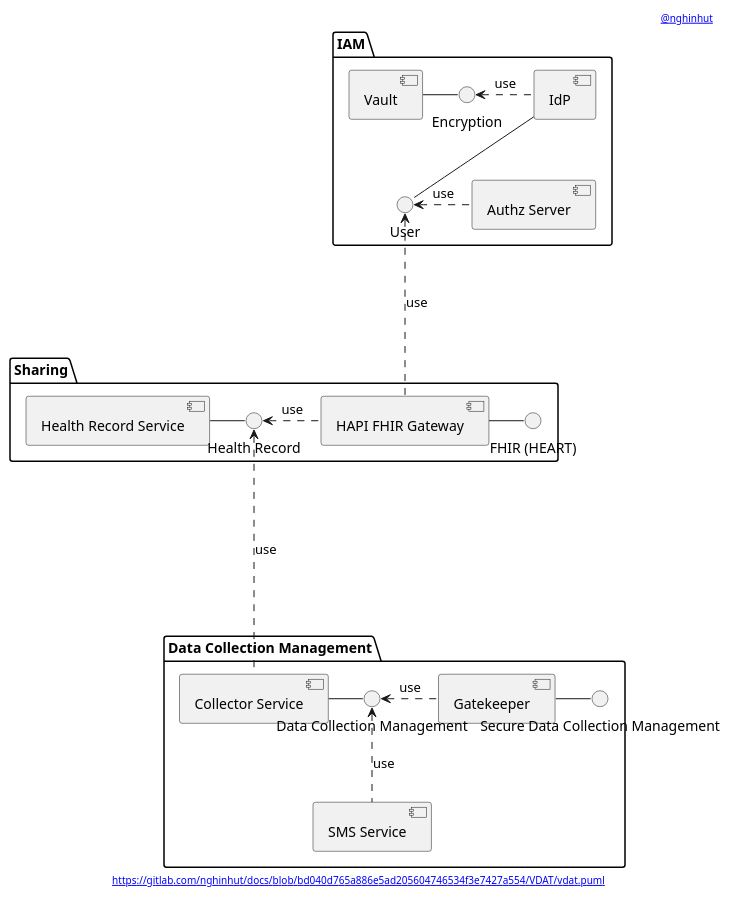
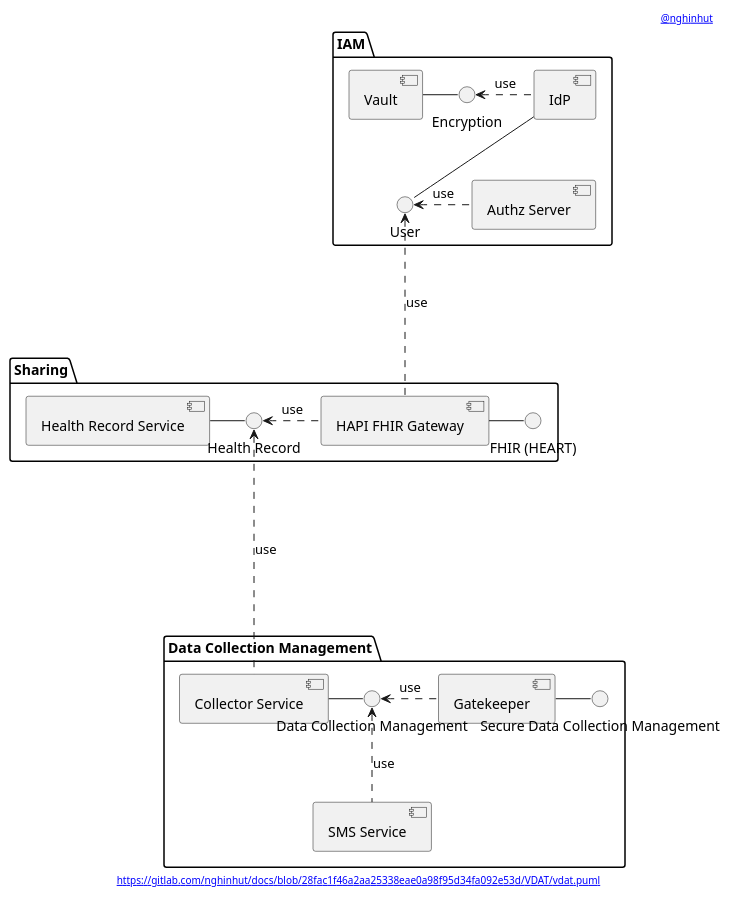
The diagram in VDAT/vdat.component.puml (nghinhut/docs), drawn with PlantUML before and after one commit. The commit also changed 18 other files, not shown here.

Commit message:
Update diagrams

```diff
--- a/VDAT/vdat.component.puml
+++ b/VDAT/vdat.component.puml
@@ -1,60 +1,60 @@
 @startuml
 '-----START auto generated metadata please keep comment here to allow auto update-----
 '-----DON'T EDIT THIS SECTION, INSTEAD RE-RUN prebuild.sh TO UPDATE-----
-header [[www.nghinhut.dev?from=http://www.plantuml.com/plantuml/proxy?fmt=svg&src=https://gitlab.com/nghinhut/docs/raw/bd040d765a886e5ad205604746534f3e7427a554/VDAT/vdat.puml @nghinhut]]
-footer [[http://www.plantuml.com/plantuml/proxy?fmt=svg&src=https://gitlab.com/nghinhut/docs/raw/bd040d765a886e5ad205604746534f3e7427a554/VDAT/vdat.puml https://gitlab.com/nghinhut/docs/blob/bd040d765a886e5ad205604746534f3e7427a554/VDAT/vdat.puml]]
+header [[www.nghinhut.dev?from=http%5C%3A%5C%2F%5C%2Fwww%5C.plantuml%5C.com%5C%2Fplantuml%5C%2Fproxy%3Ffmt%3Dsvg%5C%26src%3Dhttps%5C%3A%5C%2F%5C%2Fgitlab%5C.com%5C%2Fnghinhut%5C%2Fdocs%5C%2Fraw%5C%2F28fac1f46a2aa25338eae0a98f95d34fa092e53d%5C%2FVDAT%5C%2Fvdat%5C.puml%0A @nghinhut]]
+footer [[http://www.plantuml.com/plantuml/proxy?fmt=svg&src=https://gitlab.com/nghinhut/docs/raw/28fac1f46a2aa25338eae0a98f95d34fa092e53d/VDAT/vdat.puml https://gitlab.com/nghinhut/docs/blob/28fac1f46a2aa25338eae0a98f95d34fa092e53d/VDAT/vdat.puml]]
 '-----END auto generated metadata please keep comment here to allow auto update-----
 
 package "IAM" {
     component "Authz Server" as as
     component Vault as vault
     component IdP as idp
 
 '    interface "OAuth2 Authentication" as IOAuth2Authentication
 '    interface "UMA2 Authorization" as IUMA2Authorization
 '    as -- IOAuth2Authentication
 '    as -- IUMA2Authorization
     interface "Encryption" as IEncrypt
     interface "User" as IUser
 }
 
 package "Sharing" {
     component "Health Record Service" as record
     interface "Health Record" as IHealthRecord
     component "HAPI FHIR Gateway" as fhir
     interface "FHIR (HEART)" as IFHIR
 }
 
 package "Data Collection Management" {
     component "Collector Service" as collector
     component "SMS Service" as sms
     component "Gatekeeper" as collector_gatekeeper
     interface "Data Collection Management" as IDataCollectionManagement
     interface "Secure Data Collection Management" as ISecureDataCollectionManagement
 }
 
 
 
 
 
 
 vault - IEncrypt
 IEncrypt <. idp : use
 idp -- IUser
 IUser <. as : use
 IUser <... fhir : use
 
 
 record - IHealthRecord
 IHealthRecord <. fhir : use
 fhir - IFHIR
 IHealthRecord <.... collector : use
 
 
 collector - IDataCollectionManagement
 IDataCollectionManagement <. collector_gatekeeper : use
 collector_gatekeeper - ISecureDataCollectionManagement
 
 IDataCollectionManagement <.. sms : use
 
 @enduml
```
